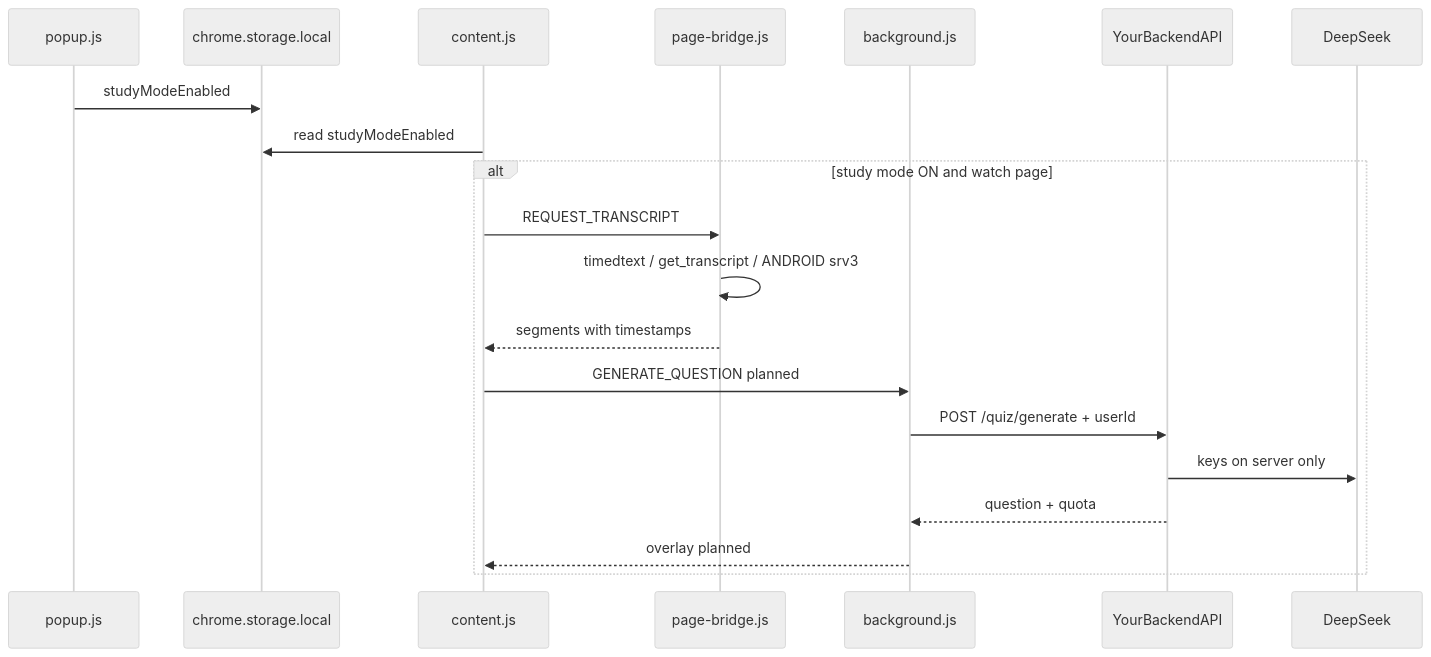
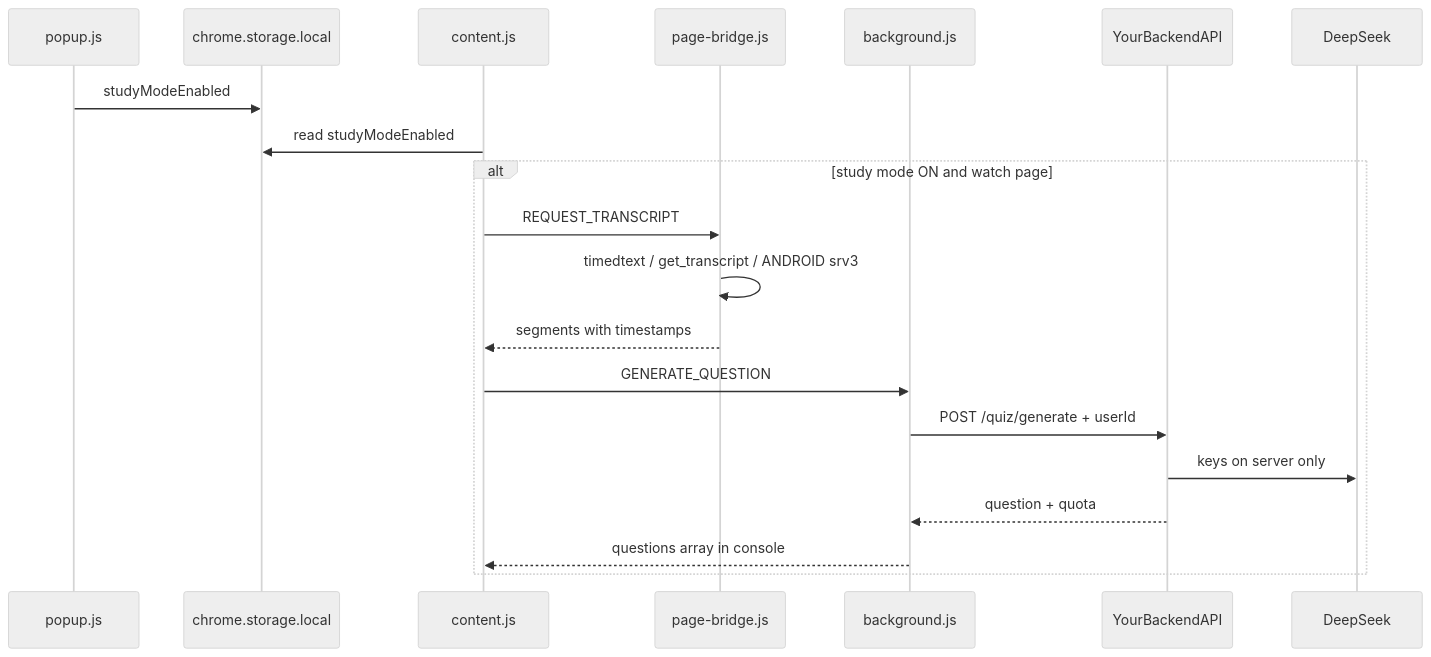
The diagram in docs/ARCHITECTURE.md (yuvakhrusheva/edtube), drawn with Mermaid (neutral theme) before and after one commit. The commit also changed other lines of this file and 26 other files, not shown here.

````diff
--- a/docs/ARCHITECTURE.md
+++ b/docs/ARCHITECTURE.md
@@ -5,23 +5,23 @@
 ```mermaid
 sequenceDiagram
   participant Popup as popup.js
   participant Storage as chrome.storage.local
   participant CS as content.js
   participant Bridge as page-bridge.js
   participant BG as background.js
   participant API as YourBackendAPI
   participant LLM as DeepSeek
 
   Popup->>Storage: studyModeEnabled
   CS->>Storage: read studyModeEnabled
   alt study mode ON and watch page
     CS->>Bridge: REQUEST_TRANSCRIPT
     Bridge->>Bridge: timedtext / get_transcript / ANDROID srv3
     Bridge-->>CS: segments with timestamps
-    CS->>BG: GENERATE_QUESTION planned
+    CS->>BG: GENERATE_QUESTION
     BG->>API: POST /quiz/generate + userId
     API->>LLM: keys on server only
     API-->>BG: question + quota
-    BG-->>CS: overlay planned
+    BG-->>CS: questions array in console
   end
 ```
````
